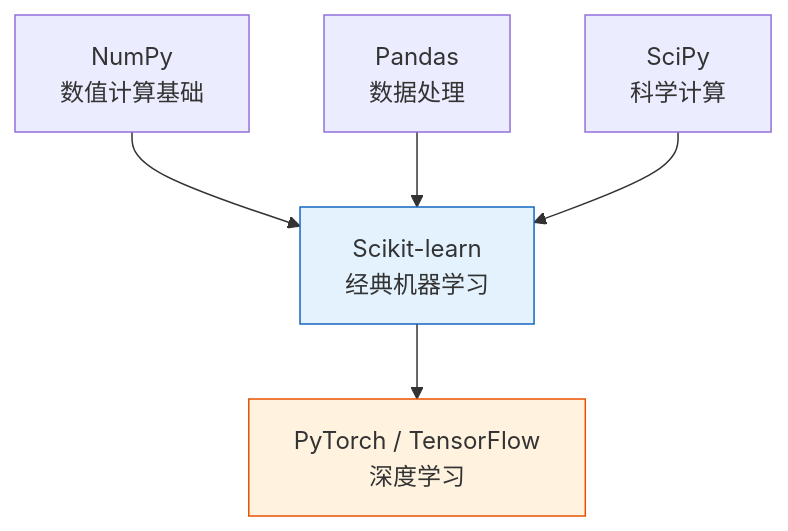
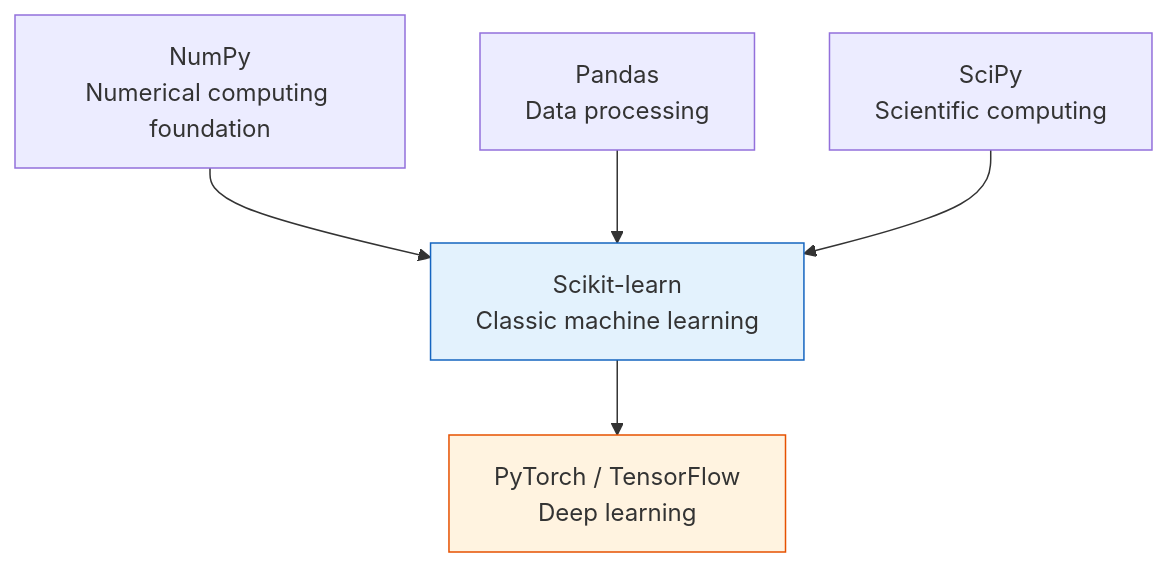
Before and after one commit to oudbiao/AI-fullstack-course: the first of 4 diagrams in docs/ch05-machine-learning/ch01-ml-basics/02-sklearn-intro.md, drawn with Mermaid. The commit also changed other lines of this file and 1406 other files, not shown here.

````diff
--- a/docs/ch05-machine-learning/ch01-ml-basics/02-sklearn-intro.md
+++ b/docs/ch05-machine-learning/ch01-ml-basics/02-sklearn-intro.md
@@ -55,10 +55,10 @@
 ```mermaid
 flowchart TD
-    NP["NumPy<br/>数值计算基础"] --> SK["Scikit-learn<br/>经典机器学习"]
-    PD["Pandas<br/>数据处理"] --> SK
-    SP["SciPy<br/>科学计算"] --> SK
-    SK --> PT["PyTorch / TensorFlow<br/>深度学习"]
+    NP["NumPy<br/>Numerical computing foundation"] --> SK["Scikit-learn<br/>Classic machine learning"]
+    PD["Pandas<br/>Data processing"] --> SK
+    SP["SciPy<br/>Scientific computing"] --> SK
+    SK --> PT["PyTorch / TensorFlow<br/>Deep learning"]
 
     style SK fill:#e3f2fd,stroke:#1565c0,color:#333
     style PT fill:#fff3e0,stroke:#e65100,color:#333
 ```
````
